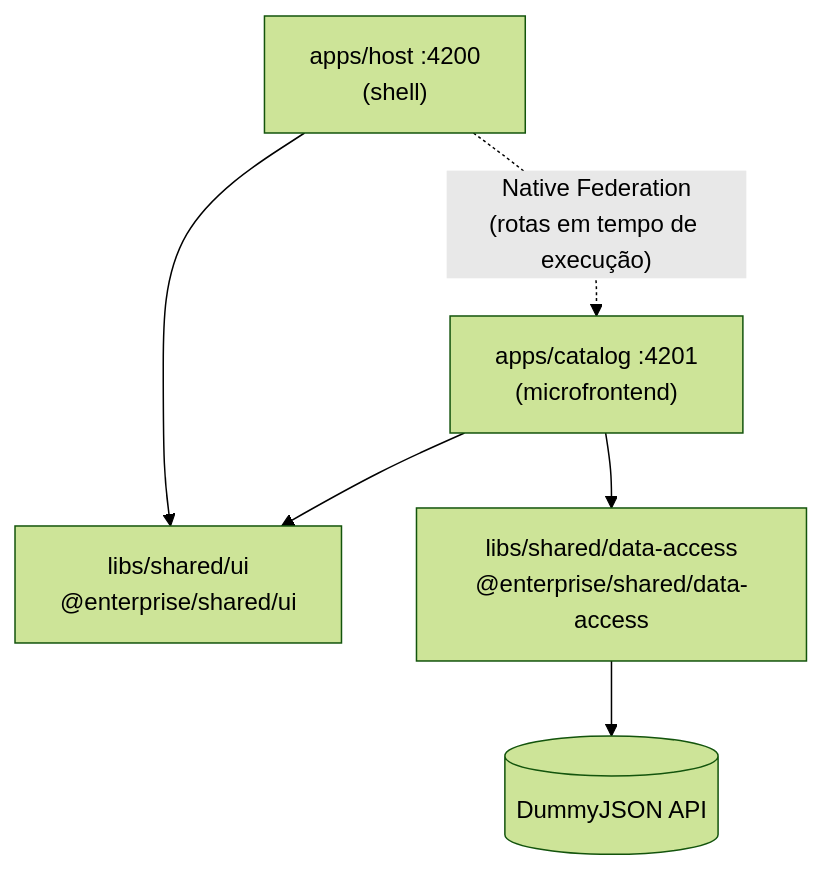
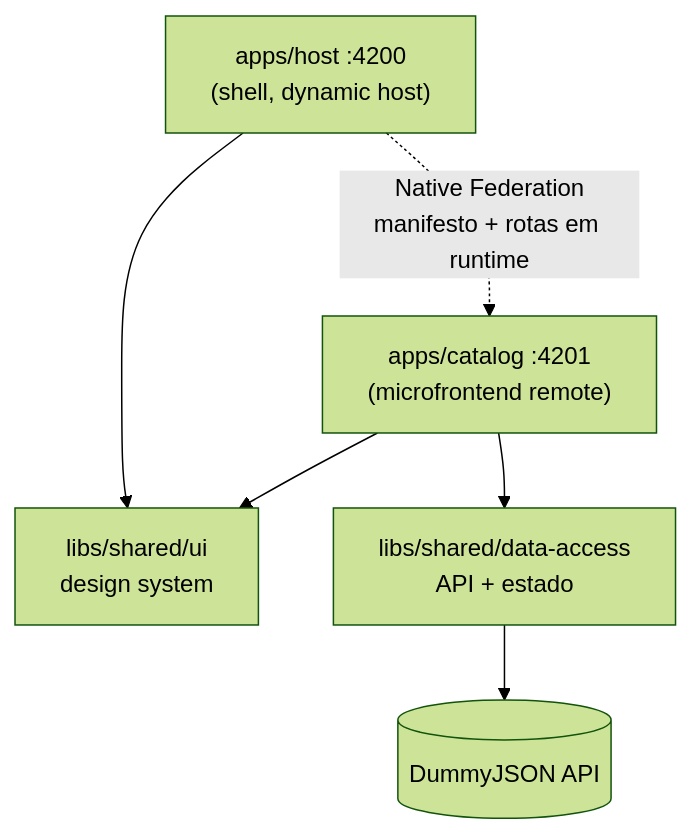
The diagram in README.md (ysobarbosa/enterprise-mfe), drawn with Mermaid (forest theme) before and after one commit. The commit also changed other lines of this file and 5 other files, not shown here.

First line of the commit message:
docs: portfolio readme with demo, metrics and roadmap

````diff
--- a/README.md
+++ b/README.md
@@ -19,14 +49,14 @@
 ```mermaid
 flowchart TD
-    host["apps/host :4200<br/>(shell)"]
-    catalog["apps/catalog :4201<br/>(microfrontend)"]
-    ui["libs/shared/ui<br/>@enterprise/shared/ui"]
-    data["libs/shared/data-access<br/>@enterprise/shared/data-access"]
+    host["apps/host :4200<br/>(shell, dynamic host)"]
+    catalog["apps/catalog :4201<br/>(microfrontend remote)"]
+    ui["libs/shared/ui<br/>design system"]
+    data["libs/shared/data-access<br/>API + estado"]
     api[("DummyJSON API")]
 
-    host -. "Native Federation<br/>(rotas em tempo de execução)" .-> catalog
+    host -. "Native Federation<br/>manifesto + rotas em runtime" .-> catalog
     host --> ui
     catalog --> ui
     catalog --> data
     data --> api
 ```
````
